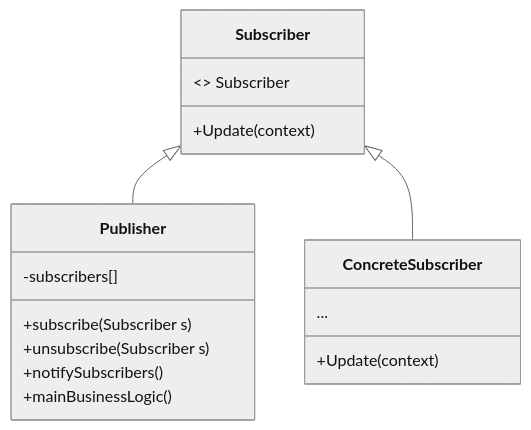
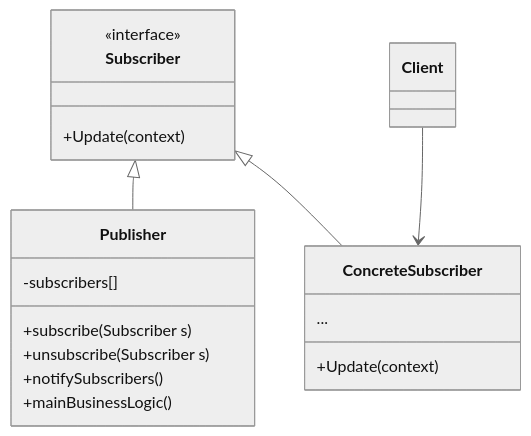
Before and after one commit to tungphan94/DesignPattern: the diagram in BehavioralPatterns/Observer/README.md, drawn with Mermaid (neutral theme).

````diff
--- a/BehavioralPatterns/Observer/README.md
+++ b/BehavioralPatterns/Observer/README.md
@@ -4,24 +4,22 @@
 ```mermaid
 classDiagram
 class Publisher {
           -subscribers[]
           +subscribe(Subscriber s)
           +unsubscribe(Subscriber s)
           +notifySubscribers()
           +mainBusinessLogic()
           }
 class Subscriber {
-          <<interface>> Subscriber
+          <<interface>>
           +Update(context)
           }
           
 class ConcreteSubscriber {
           ...
           +Update(context)
           }
-
-
 Subscriber  <|-- Publisher
 Subscriber  <|-- ConcreteSubscriber
-
+Client --> ConcreteSubscriber
 ```
````
